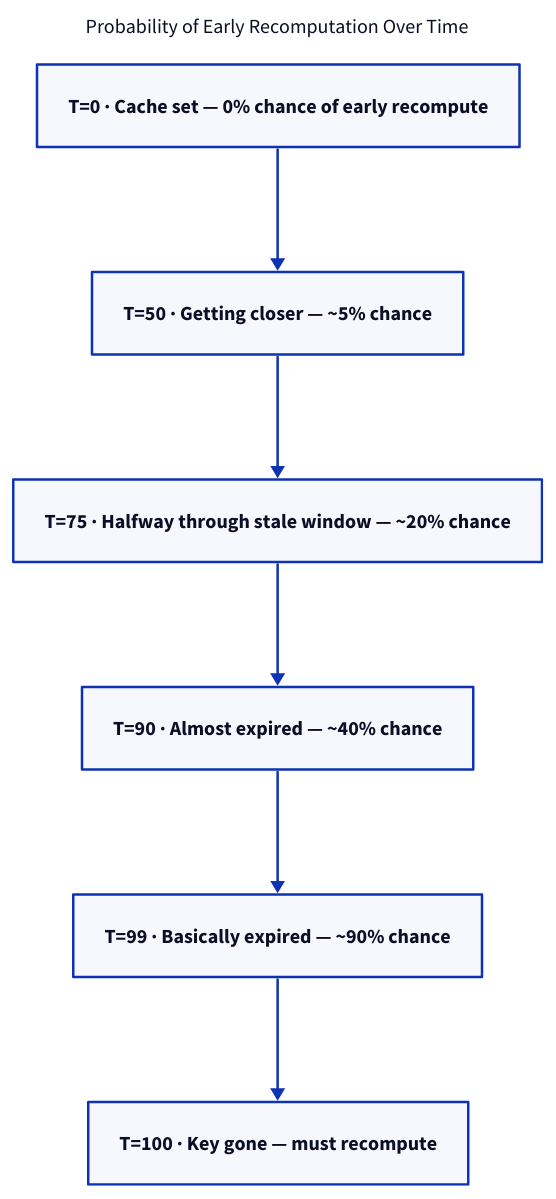
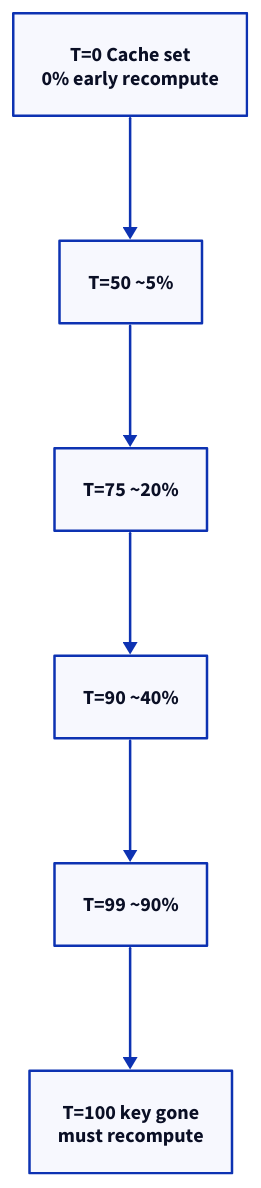
Before and after one commit to g-savitha/gsavitha.in: the first of 5 diagrams in src/content/blog/caching-strategies.md, drawn with D2. The commit also changed other lines of this file and 11 other files, not shown here.

````diff
--- a/src/content/blog/caching-strategies.md
+++ b/src/content/blog/caching-strategies.md
@@ -127,12 +127,11 @@
 ```d2
 # alt: Timeline of early recomputation probability from cache set (0%) to key gone (must recompute).
 direction: down
-title: "Probability of Early Recomputation Over Time" {shape: text; near: top-center}
-t0: "T=0 · Cache set — 0% chance of early recompute" {class: neutral}
-t50: "T=50 · Getting closer — ~5% chance" {class: secondary}
-t75: "T=75 · Halfway through stale window — ~20% chance" {class: violet}
-t90: "T=90 · Almost expired — ~40% chance" {class: teal}
-t99: "T=99 · Basically expired — ~90% chance" {class: amber}
-t100: "T=100 · Key gone — must recompute" {class: severity3}
+t0: "T=0 Cache set\n0% early recompute" {class: neutral}
+t50: "T=50 ~5%" {class: secondary}
+t75: "T=75 ~20%" {class: violet}
+t90: "T=90 ~40%" {class: teal}
+t99: "T=99 ~90%" {class: amber}
+t100: "T=100 key gone\nmust recompute" {class: severity3}
 t0 -> t50 -> t75 -> t90 -> t99 -> t100
 ```
````
